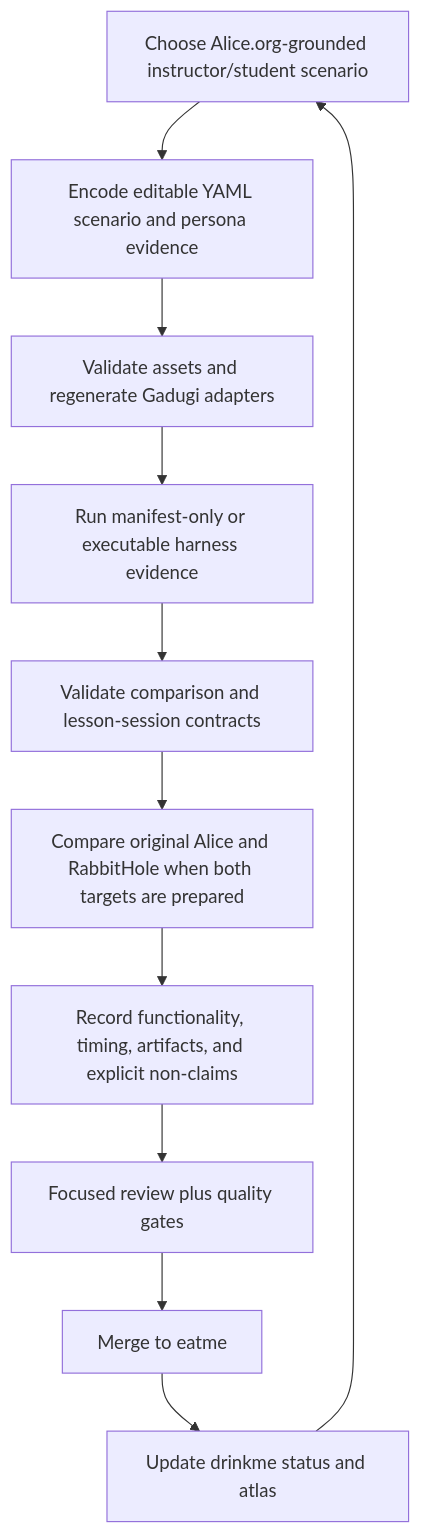
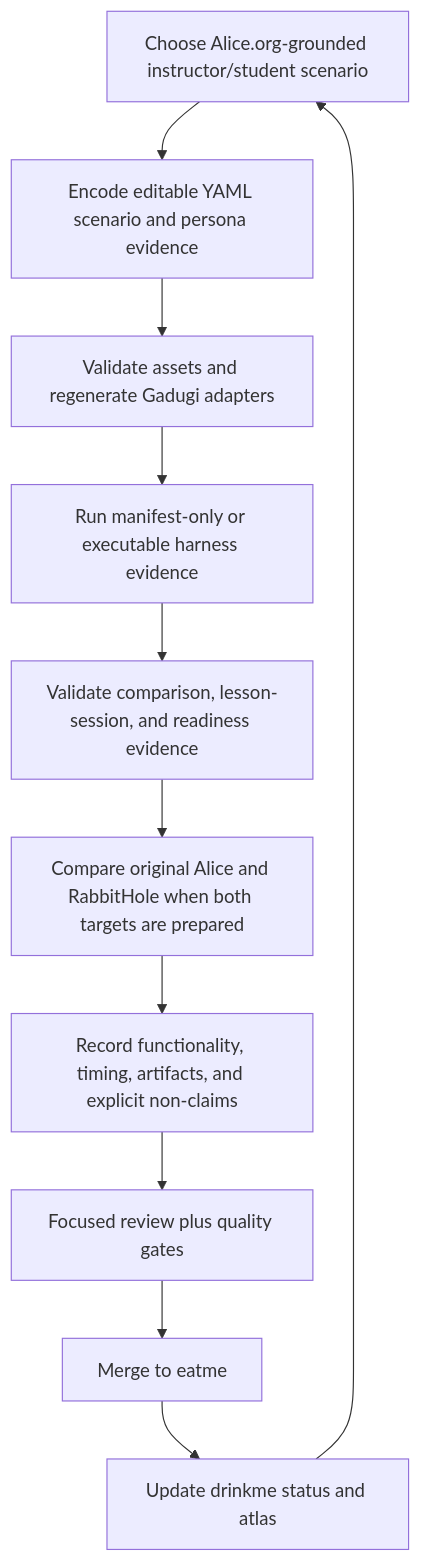
Before and after one commit to rysweet/drinkme: the sixth of 6 diagrams in README.md, drawn with Mermaid. The commit also changed other lines of this file, not shown here.

First line of the commit message:
Update README for latest RabbitHole and eatme evidence

````diff
--- a/README.md
+++ b/README.md
@@ -119,13 +119,13 @@
 ```mermaid
 flowchart TD
   A["Choose Alice.org-grounded instructor/student scenario"] --> Y["Encode editable YAML scenario and persona evidence"]
   Y --> G["Validate assets and regenerate Gadugi adapters"]
   G --> H["Run manifest-only or executable harness evidence"]
-  H --> L["Validate comparison and lesson-session contracts"]
+  H --> L["Validate comparison, lesson-session, and readiness evidence"]
   L --> C["Compare original Alice and RabbitHole when both targets are prepared"]
   C --> B["Record functionality, timing, artifacts, and explicit non-claims"]
   B --> R["Focused review plus quality gates"]
   R --> M["Merge to eatme"]
   M --> S["Update drinkme status and atlas"]
   S --> A
 ```
````
